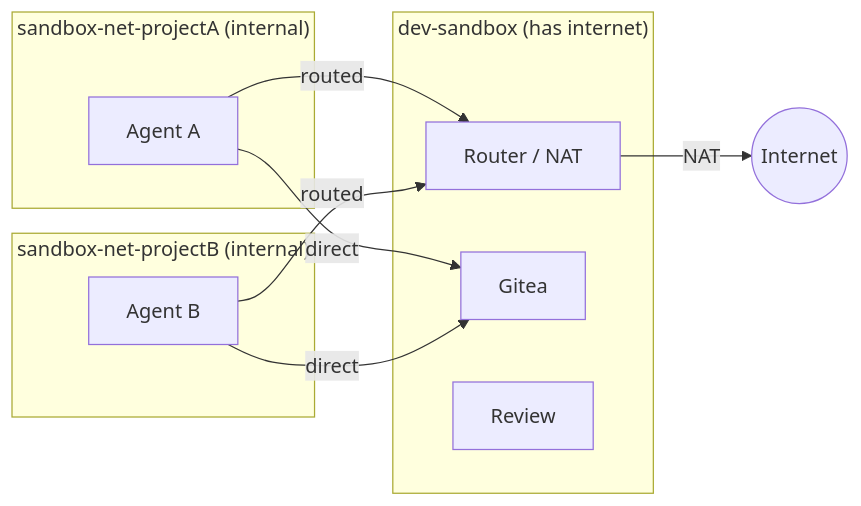
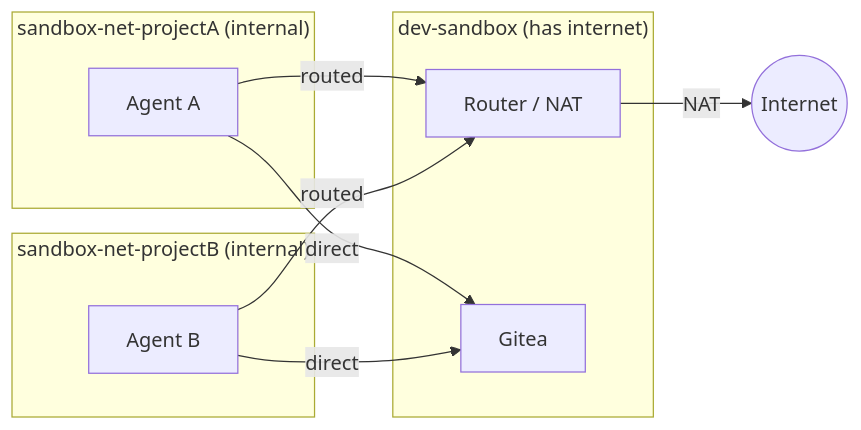
The diagram in docs/SECURITY.md (joaopn/agentic-dev-sandbox), drawn with Mermaid before and after one commit. The commit also changed other lines of this file and 10 other files, not shown here.

````diff
--- a/docs/SECURITY.md
+++ b/docs/SECURITY.md
@@ -42,18 +42,17 @@
 ```mermaid
 graph LR
     subgraph net-A ["sandbox-net-projectA (internal)"]
         AgentA[Agent A]
     end
     subgraph net-B ["sandbox-net-projectB (internal)"]
         AgentB[Agent B]
     end
     subgraph dev-sandbox ["dev-sandbox (has internet)"]
         Router[Router / NAT]
         Gitea
-        Review
     end
     AgentA -->|routed| Router -->|NAT| Web((Internet))
     AgentA -->|direct| Gitea
     AgentB -->|routed| Router
     AgentB -->|direct| Gitea
 ```
````
